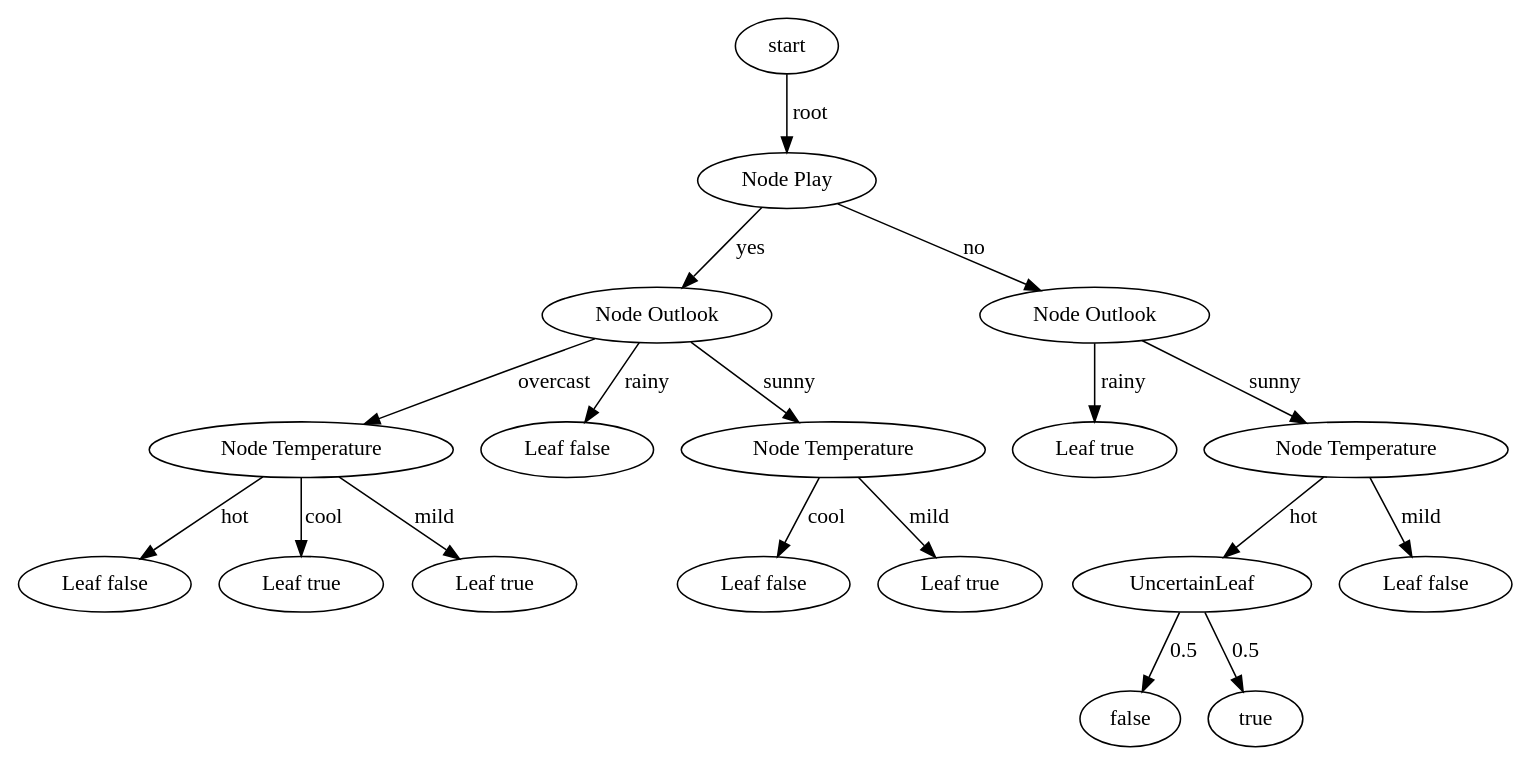
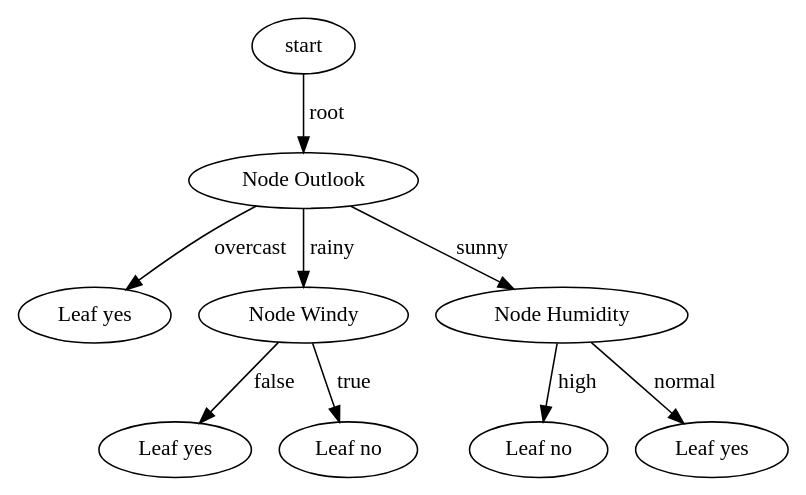
One commit to JorenVdV/Functional-Programming-Project changed the diagram in weather.dot. Above: the diagram before and after it, drawn with Graphviz. The commit also changed 2 other files, not shown here.

```diff
--- a/weather.dot
+++ b/weather.dot
@@ -1,36 +1,18 @@
 digraph id3Tree{
 	start -> 	startroot [label="root"];
-	startroot [label="Node Play"];
-	startroot -> 	startrootyes [label="yes"];
-	startrootyes [label="Node Outlook"];
-	startrootyes -> 	startrootyesovercast [label="overcast"];
-	startrootyesovercast [label="Node Temperature"];
-	startrootyesovercast -> 	startrootyesovercasthot[label="hot"];
-	startrootyesovercasthot[label="Leaf false"];
-	startrootyesovercast -> 	startrootyesovercastcool[label="cool"];
-	startrootyesovercastcool[label="Leaf true"];
-	startrootyesovercast -> 	startrootyesovercastmild[label="mild"];
-	startrootyesovercastmild[label="Leaf true"];
-	startrootyes -> 	startrootyesrainy[label="rainy"];
-	startrootyesrainy[label="Leaf false"];
-	startrootyes -> 	startrootyessunny [label="sunny"];
-	startrootyessunny [label="Node Temperature"];
-	startrootyessunny -> 	startrootyessunnycool[label="cool"];
-	startrootyessunnycool[label="Leaf false"];
-	startrootyessunny -> 	startrootyessunnymild[label="mild"];
-	startrootyessunnymild[label="Leaf true"];
-	startroot -> 	startrootno [label="no"];
-	startrootno [label="Node Outlook"];
-	startrootno -> 	startrootnorainy[label="rainy"];
-	startrootnorainy[label="Leaf true"];
-	startrootno -> 	startrootnosunny [label="sunny"];
-	startrootnosunny [label="Node Temperature"];
-	startrootnosunny -> 	startrootnosunnyhot[label=hot];
-	startrootnosunnyhot[label="UncertainLeaf"];
-	startrootnosunnyhot -> 	startrootnosunnyhotfalse [label=0.5];
-	startrootnosunnyhotfalse [label="false"];
-	startrootnosunnyhot -> 	startrootnosunnyhottrue [label=0.5];
-	startrootnosunnyhottrue [label="true"];
-	startrootnosunny -> 	startrootnosunnymild[label="mild"];
-	startrootnosunnymild[label="Leaf false"];
+	startroot [label="Node Outlook"];
+	startroot -> 	startrootovercast[label="overcast"];
+	startrootovercast[label="Leaf yes"];
+	startroot -> 	startrootrainy [label="rainy"];
+	startrootrainy [label="Node Windy"];
+	startrootrainy -> 	startrootrainyfalse[label="false"];
+	startrootrainyfalse[label="Leaf yes"];
+	startrootrainy -> 	startrootrainytrue[label="true"];
+	startrootrainytrue[label="Leaf no"];
+	startroot -> 	startrootsunny [label="sunny"];
+	startrootsunny [label="Node Humidity"];
+	startrootsunny -> 	startrootsunnyhigh[label="high"];
+	startrootsunnyhigh[label="Leaf no"];
+	startrootsunny -> 	startrootsunnynormal[label="normal"];
+	startrootsunnynormal[label="Leaf yes"];
 }
```
